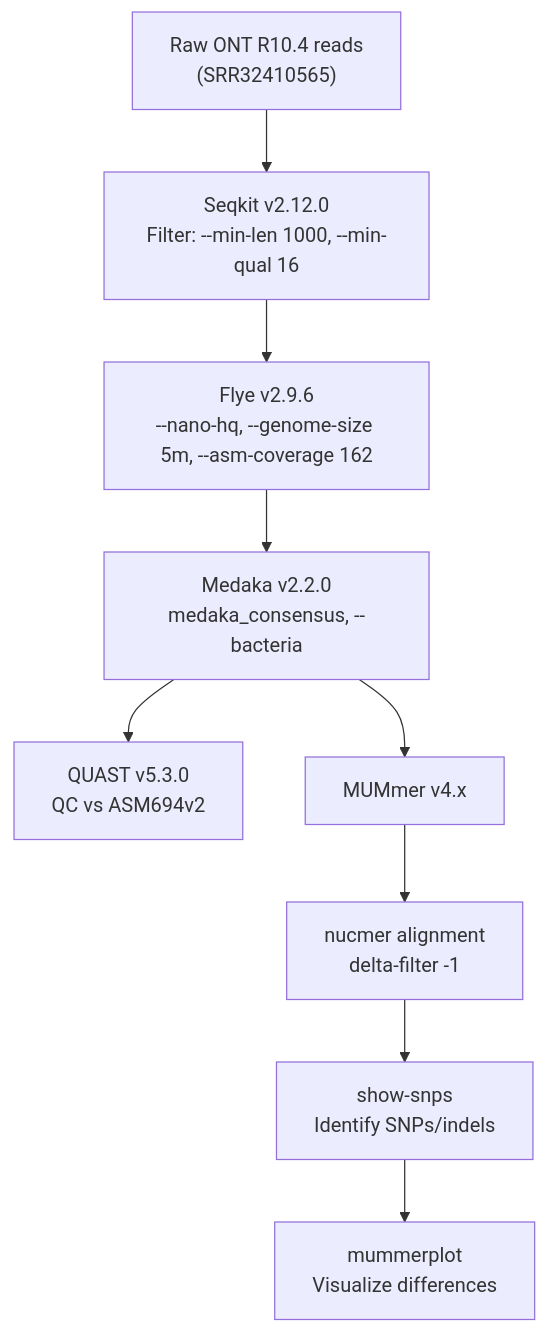
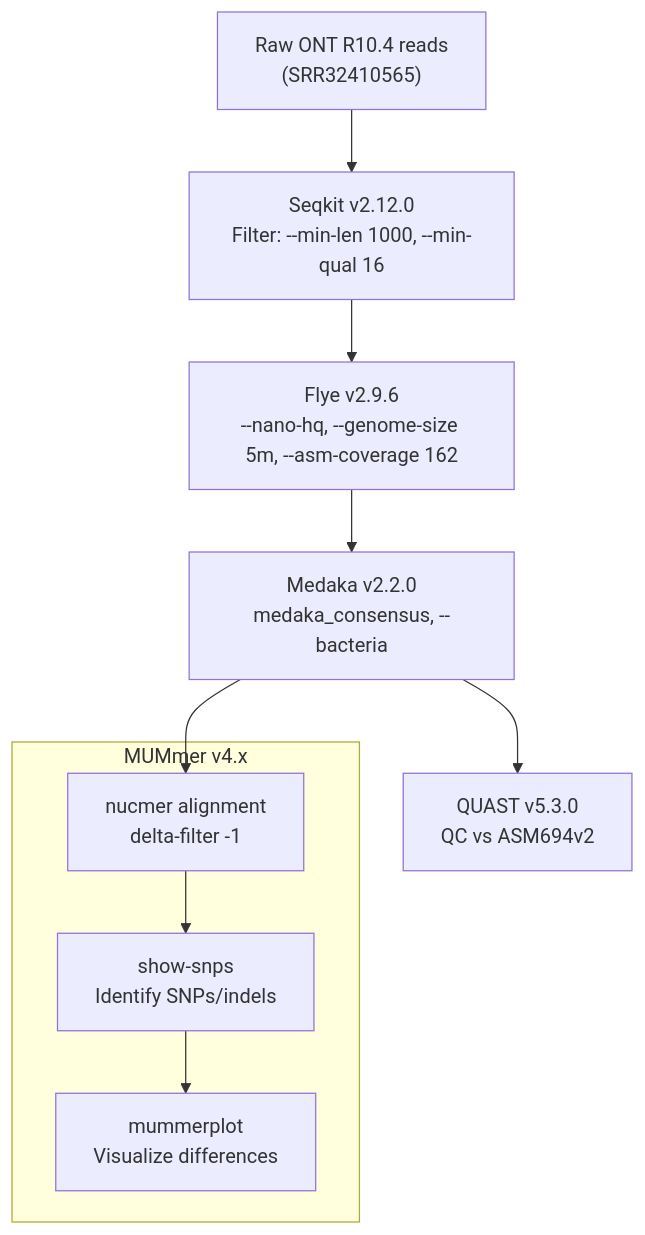
One commit to farah-y-sadoon/salmonella-nanopore-genome-assembly changed the diagram in README.md. Above: the diagram before and after it, drawn with Mermaid.

Commit message:
Changed flowchart structure to reflect MUMmer hierarchy

````diff
--- a/README.md
+++ b/README.md
@@ -22,13 +22,15 @@
 ```mermaid
 flowchart TD
   A["Raw ONT R10.4 reads<br/>(SRR32410565)"] --> B["Seqkit v2.12.0<br/>Filter: --min-len 1000, --min-qual 16"]
   B --> C["Flye v2.9.6<br/>--nano-hq, --genome-size 5m, --asm-coverage 162"]
   C --> D["Medaka v2.2.0<br/>medaka_consensus, --bacteria"]
+  
+  subgraph MUMmer_Suite ["MUMmer v4.x"]
+    F["nucmer alignment<br/>delta-filter -1"] --> G["show-snps<br/>Identify SNPs/indels"]
+    G --> H["mummerplot<br/>Visualize differences"]
+  end
+
+  D --> F
   D --> E["QUAST v5.3.0<br/>QC vs ASM694v2"]
-  
-  D --> F["MUMmer v4.x"]
-  F --> G["nucmer alignment<br/>delta-filter -1"]
-  G --> H["show-snps<br/>Identify SNPs/indels"]
-  H --> I["mummerplot<br/>Visualize differences"]
 
 ```
````
